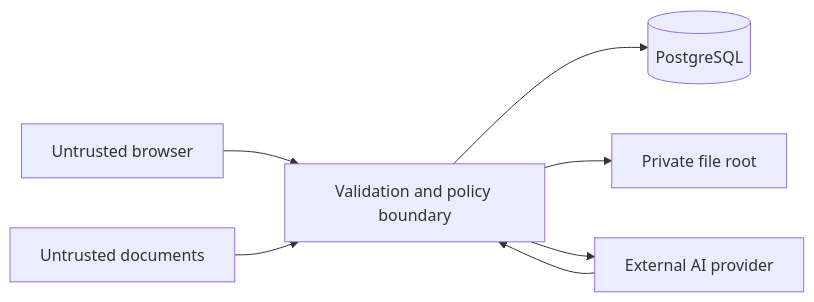
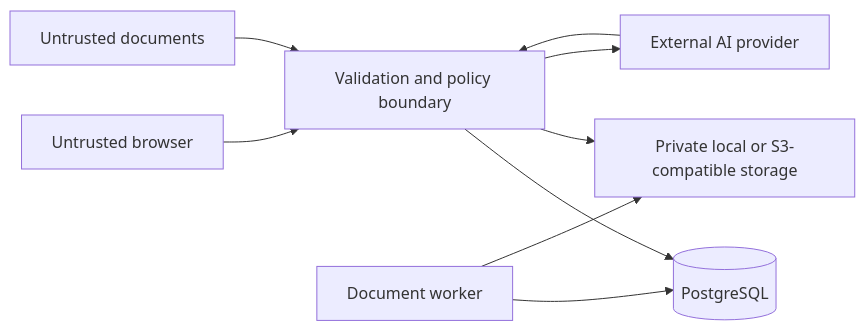
One commit to hawkelement333-glitch/opencanvas-ai changed the diagram in docs/SECURITY_MODEL.md. Above: the diagram before and after it, drawn with Mermaid. The commit also changed other lines of this file and 4 other files, not shown here.

````diff
--- a/docs/SECURITY_MODEL.md
+++ b/docs/SECURITY_MODEL.md
@@ -17,9 +21,11 @@
 ```mermaid
 flowchart LR
     Browser["Untrusted browser"] --> API["Validation and policy boundary"]
     Upload["Untrusted documents"] --> API
     API --> DB[("PostgreSQL")]
-    API --> Files["Private file root"]
+    API --> Files["Private local or S3-compatible storage"]
+    Worker["Document worker"] --> DB
+    Worker --> Files
     API --> Provider["External AI provider"]
     Provider --> API
 ```
````
